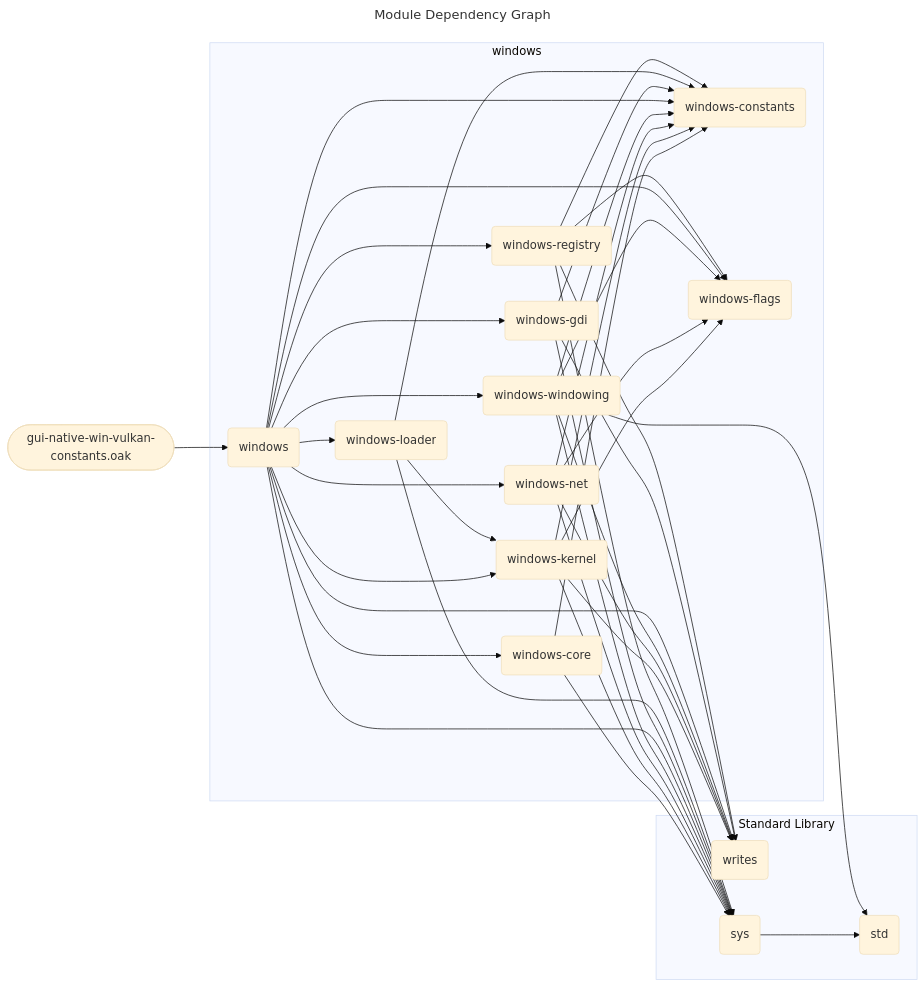
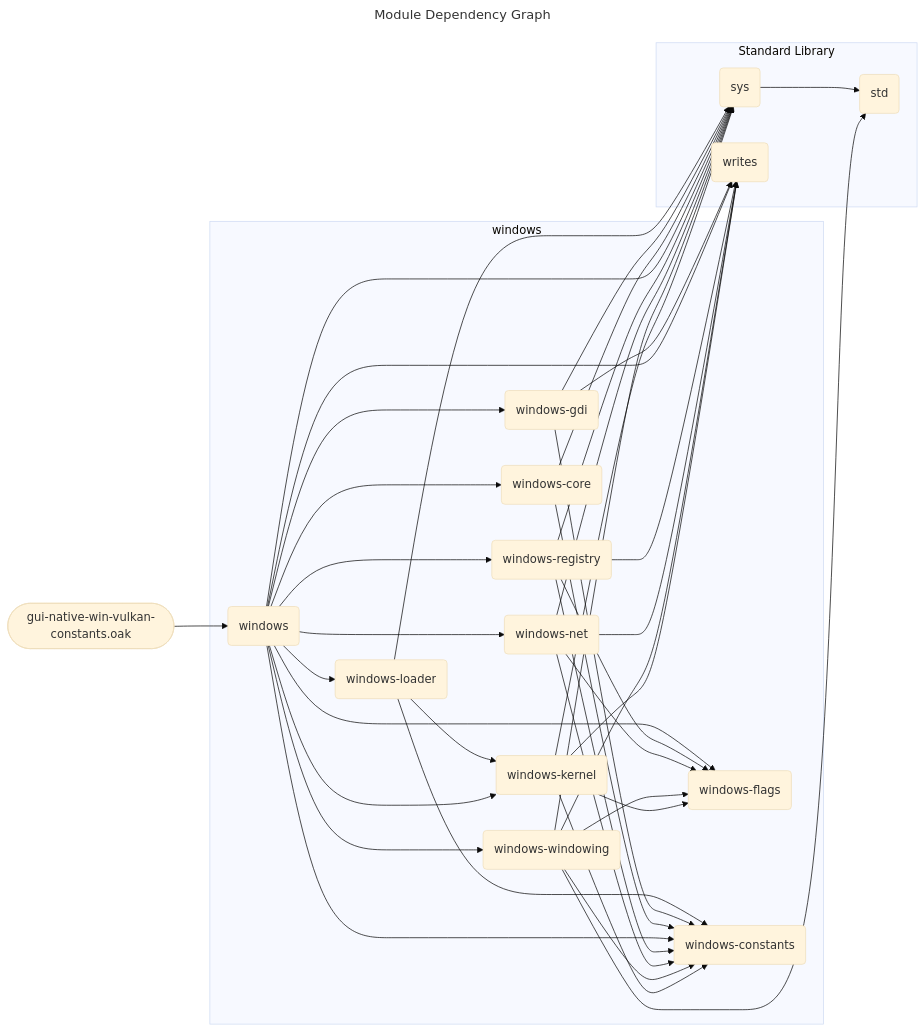
Before and after one commit to SpcFORK/magnolia: the diagram in docs/spec/gui-native-win-vulkan-constants.mmd, drawn with Mermaid (base theme). The commit also changed other lines of this file and 127 other files, not shown here.

First line of the commit message:
Refactor module dependency graphs across various specifications

```diff
--- a/docs/spec/gui-native-win-vulkan-constants.mmd
+++ b/docs/spec/gui-native-win-vulkan-constants.mmd
@@ -1,60 +1,60 @@
 ---
 title: Module Dependency Graph
 ---
 flowchart LR
     lib_gui_native_win_vulkan_constants_oak(["gui-native-win-vulkan-constants.oak"])
     subgraph stdlib_windows ["windows"]
+        windows_loader("windows-loader")
+        windows_flags("windows-flags")
+        windows_gdi("windows-gdi")
+        windows_core("windows-core")
+        windows_constants("windows-constants")
+        windows("windows")
         windows_registry("windows-registry")
-        windows_loader("windows-loader")
-        windows_constants("windows-constants")
-        windows_gdi("windows-gdi")
-        windows("windows")
-        windows_flags("windows-flags")
+        windows_net("windows-net")
         windows_windowing("windows-windowing")
-        windows_net("windows-net")
         windows_kernel("windows-kernel")
-        windows_core("windows-core")
     end
     subgraph stdlib_core ["Standard Library"]
-        writes("writes")
         std("std")
         sys("sys")
+        writes("writes")
     end
-    windows_registry --> sys
-    windows_registry --> writes
-    windows_registry --> windows_constants
-    windows_registry --> windows_flags
     windows_loader --> sys
     windows_loader --> windows_constants
     windows_loader --> windows_kernel
+    lib_gui_native_win_vulkan_constants_oak --> windows
+    sys --> std
     windows_gdi --> sys
     windows_gdi --> writes
     windows_gdi --> windows_constants
+    windows_core --> sys
+    windows_core --> windows_constants
     windows --> sys
     windows --> writes
     windows --> windows_constants
     windows --> windows_flags
     windows --> windows_registry
     windows --> windows_net
     windows --> windows_windowing
     windows --> windows_gdi
     windows --> windows_kernel
     windows --> windows_loader
     windows --> windows_core
+    windows_registry --> sys
+    windows_registry --> writes
+    windows_registry --> windows_constants
+    windows_registry --> windows_flags
+    windows_net --> sys
+    windows_net --> writes
+    windows_net --> windows_constants
+    windows_net --> windows_flags
     windows_windowing --> sys
     windows_windowing --> writes
     windows_windowing --> windows_constants
     windows_windowing --> windows_flags
     windows_windowing --> std
-    windows_net --> sys
-    windows_net --> writes
-    windows_net --> windows_constants
-    windows_net --> windows_flags
     windows_kernel --> sys
     windows_kernel --> writes
     windows_kernel --> windows_constants
     windows_kernel --> windows_flags
-    windows_core --> sys
-    windows_core --> windows_constants
-    lib_gui_native_win_vulkan_constants_oak --> windows
-    sys --> std
```
